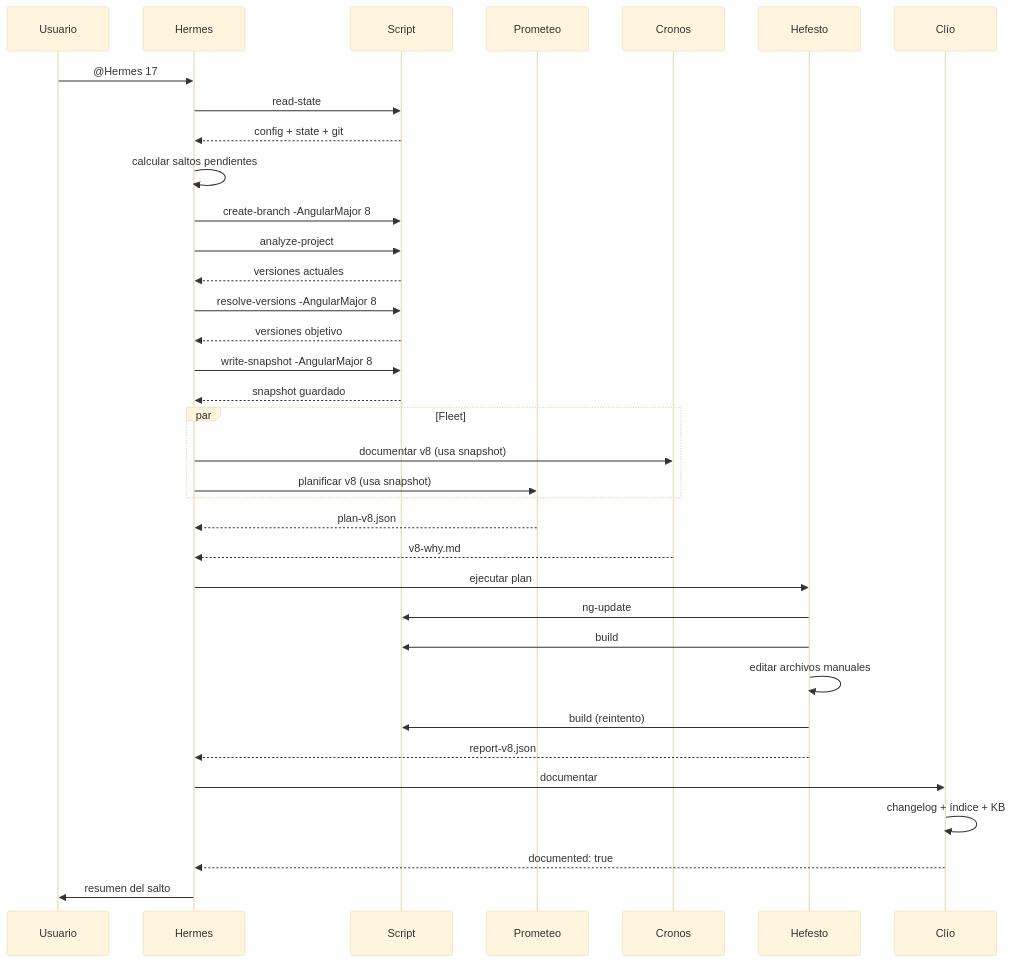
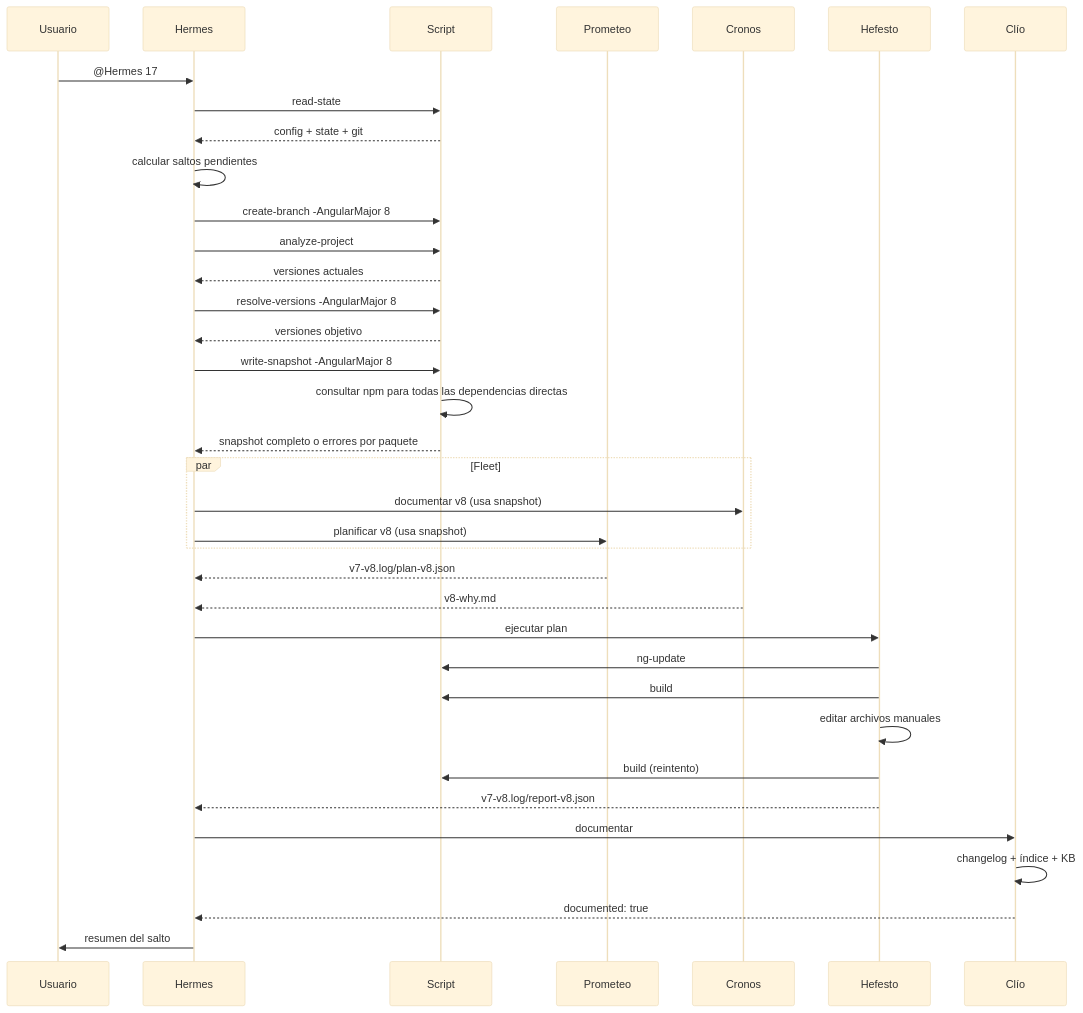
One commit to sjashan513/angular-migration-plugin changed the second of 2 diagrams in docs/v2-plan.md. Above: the diagram before and after it, drawn with Mermaid (base theme). The commit also changed other lines of this file and 9 other files, not shown here.

````diff
--- a/docs/v2-plan.md
+++ b/docs/v2-plan.md
@@ -87,43 +87,44 @@
 ```mermaid
 sequenceDiagram
     participant U as Usuario
     participant H as Hermes
     participant S as Script
     participant P as Prometeo
     participant C as Cronos
     participant HE as Hefesto
     participant CL as Clío
 
     U->>H: @Hermes 17
     H->>S: read-state
     S-->>H: config + state + git
     H->>H: calcular saltos pendientes
     H->>S: create-branch -AngularMajor 8
     H->>S: analyze-project
     S-->>H: versiones actuales
     H->>S: resolve-versions -AngularMajor 8
     S-->>H: versiones objetivo
     H->>S: write-snapshot -AngularMajor 8
-    S-->>H: snapshot guardado
+    S->>S: consultar npm para todas las dependencias directas
+    S-->>H: snapshot completo o errores por paquete
 
     par Fleet
         H->>C: documentar v8 (usa snapshot)
         H->>P: planificar v8 (usa snapshot)
     end
 
-    P-->>H: plan-v8.json
+    P-->>H: v7-v8.log/plan-v8.json
     C-->>H: v8-why.md
 
     H->>HE: ejecutar plan
     HE->>S: ng-update
     HE->>S: build
     HE->>HE: editar archivos manuales
     HE->>S: build (reintento)
-    HE-->>H: report-v8.json
+    HE-->>H: v7-v8.log/report-v8.json
 
     H->>CL: documentar
     CL->>CL: changelog + índice + KB
     CL-->>H: documented: true
 
     H->>U: resumen del salto
 ```
````
